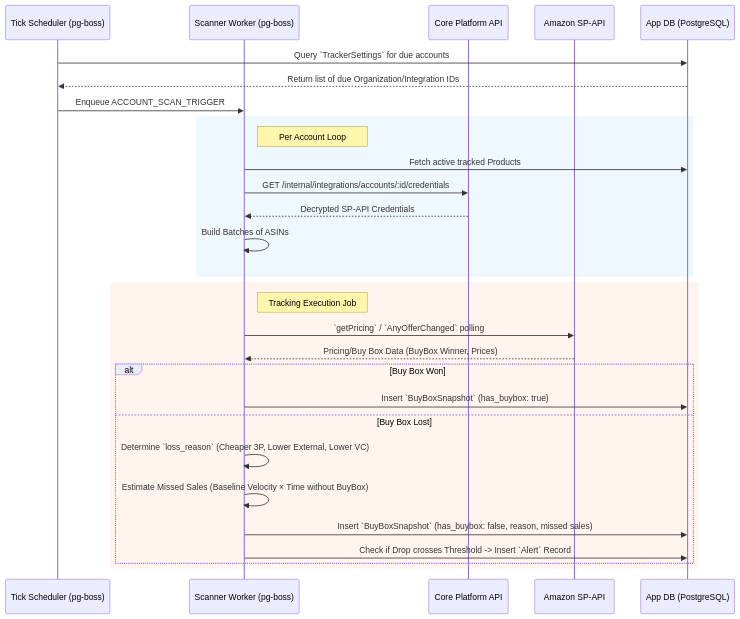
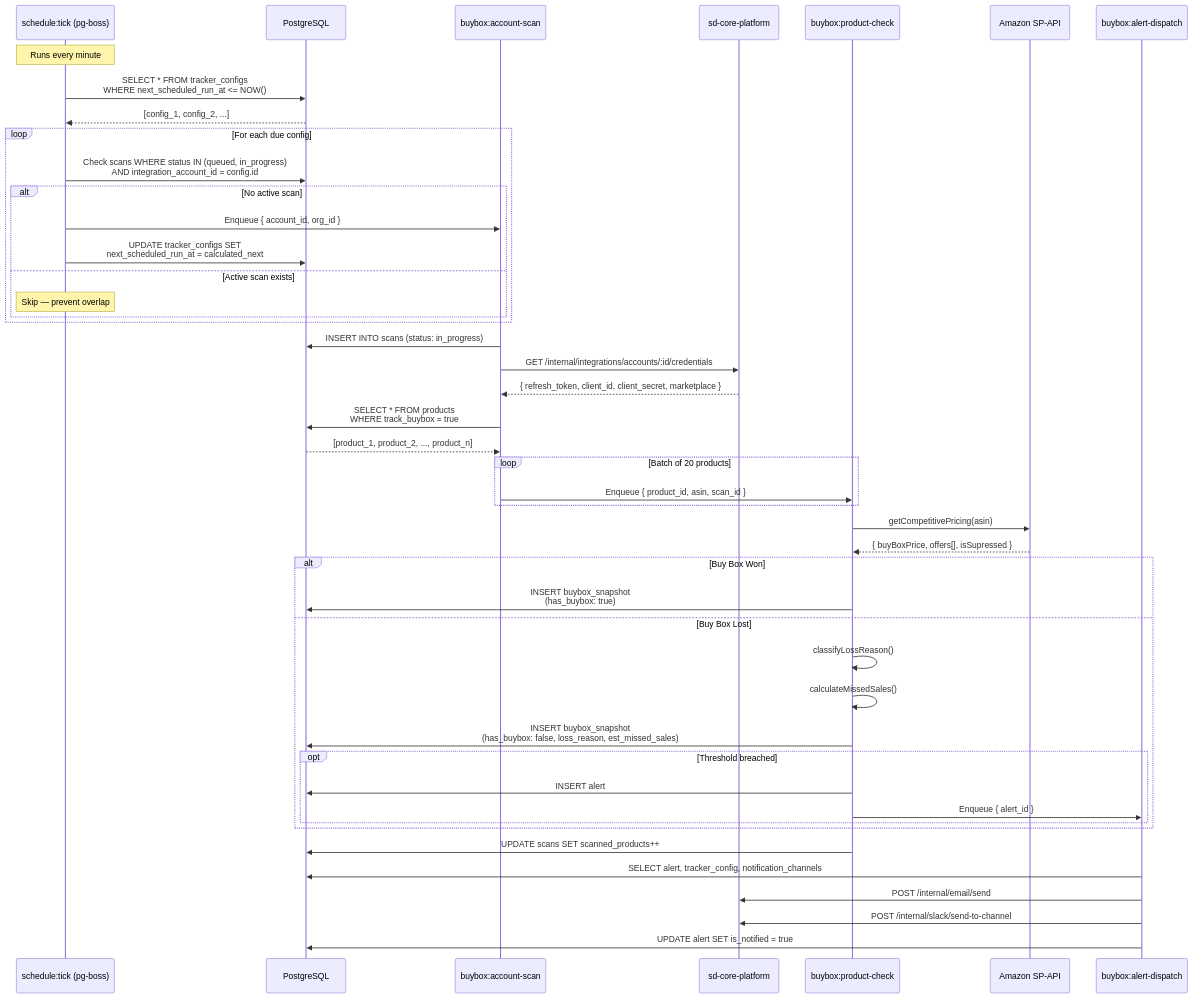
Before and after one commit to salesduo-arnav/sd-buybox: the first of 6 diagrams in docs/flow_diagrams.md, drawn with Mermaid. The commit also changed other lines of this file and 5 other files, not shown here.

````diff
--- a/docs/flow_diagrams.md
+++ b/docs/flow_diagrams.md
@@ -7,35 +9,58 @@
 ```mermaid
 sequenceDiagram
-    participant TS as Tick Scheduler (pg-boss)
-    participant Worker as Scanner Worker (pg-boss)
-    participant Core as Core Platform API
+    participant Tick as schedule:tick (pg-boss)
+    participant DB as PostgreSQL
+    participant AccountJob as buybox:account-scan
+    participant Core as sd-core-platform
+    participant ProductJob as buybox:product-check
     participant SPAPI as Amazon SP-API
-    participant DB as App DB (PostgreSQL)
+    participant AlertJob as buybox:alert-dispatch
 
-    TS->>DB: Query `TrackerSettings` for due accounts
-    DB-->>TS: Return list of due Organization/Integration IDs
-    TS->>Worker: Enqueue ACCOUNT_SCAN_TRIGGER
-    
-    rect rgb(240, 248, 255)
-        note right of Worker: Per Account Loop
-        Worker->>DB: Fetch active tracked Products
-        Worker->>Core: GET /internal/integrations/accounts/:id/credentials
-        Core-->>Worker: Decrypted SP-API Credentials
-        Worker->>Worker: Build Batches of ASINs
-    end
-    
-    rect rgb(255, 245, 238)
-        note right of Worker: Tracking Execution Job
-        Worker->>SPAPI: `getPricing` / `AnyOfferChanged` polling
-        SPAPI-->>Worker: Pricing/Buy Box Data (BuyBox Winner, Prices)
-        
-        alt Buy Box Won
-            Worker->>DB: Insert `BuyBoxSnapshot` (has_buybox: true)
-        else Buy Box Lost
-            Worker->>Worker: Determine `loss_reason` (Cheaper 3P, Lower External, Lower VC)
-            Worker->>Worker: Estimate Missed Sales (Baseline Velocity × Time without BuyBox)
-            Worker->>DB: Insert `BuyBoxSnapshot` (has_buybox: false, reason, missed sales)
-            Worker->>DB: Check if Drop crosses Threshold -> Insert `Alert` Record
+    Note over Tick: Runs every minute
+
+    Tick->>DB: SELECT * FROM tracker_configs<br/>WHERE next_scheduled_run_at <= NOW()
+    DB-->>Tick: [config_1, config_2, ...]
+
+    loop For each due config
+        Tick->>DB: Check scans WHERE status IN (queued, in_progress)<br/>AND integration_account_id = config.id
+        alt No active scan
+            Tick->>AccountJob: Enqueue { account_id, org_id }
+            Tick->>DB: UPDATE tracker_configs SET<br/>next_scheduled_run_at = calculated_next
+        else Active scan exists
+            Note over Tick: Skip — prevent overlap
         end
     end
+
+    AccountJob->>DB: INSERT INTO scans (status: in_progress)
+    AccountJob->>Core: GET /internal/integrations/accounts/:id/credentials
+    Core-->>AccountJob: { refresh_token, client_id, client_secret, marketplace }
+    AccountJob->>DB: SELECT * FROM products<br/>WHERE track_buybox = true
+    DB-->>AccountJob: [product_1, product_2, ..., product_n]
+
+    loop Batch of 20 products
+        AccountJob->>ProductJob: Enqueue { product_id, asin, scan_id }
+    end
+
+    ProductJob->>SPAPI: getCompetitivePricing(asin)
+    SPAPI-->>ProductJob: { buyBoxPrice, offers[], isSupressed }
+
+    alt Buy Box Won
+        ProductJob->>DB: INSERT buybox_snapshot<br/>(has_buybox: true)
+    else Buy Box Lost
+        ProductJob->>ProductJob: classifyLossReason()
+        ProductJob->>ProductJob: calculateMissedSales()
+        ProductJob->>DB: INSERT buybox_snapshot<br/>(has_buybox: false, loss_reason, est_missed_sales)
+
+        opt Threshold breached
+            ProductJob->>DB: INSERT alert
+            ProductJob->>AlertJob: Enqueue { alert_id }
+        end
+    end
+
+    ProductJob->>DB: UPDATE scans SET scanned_products++
+
+    AlertJob->>DB: SELECT alert, tracker_config, notification_channels
+    AlertJob->>Core: POST /internal/email/send
+    AlertJob->>Core: POST /internal/slack/send-to-channel
+    AlertJob->>DB: UPDATE alert SET is_notified = true
 ```
````
